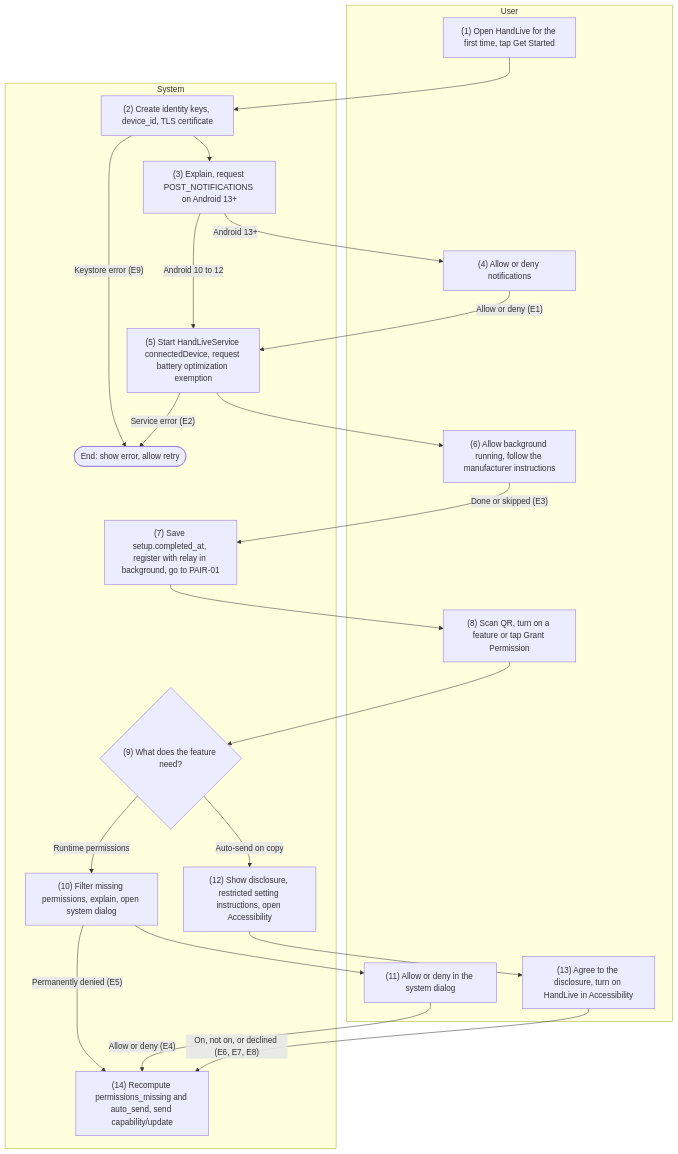
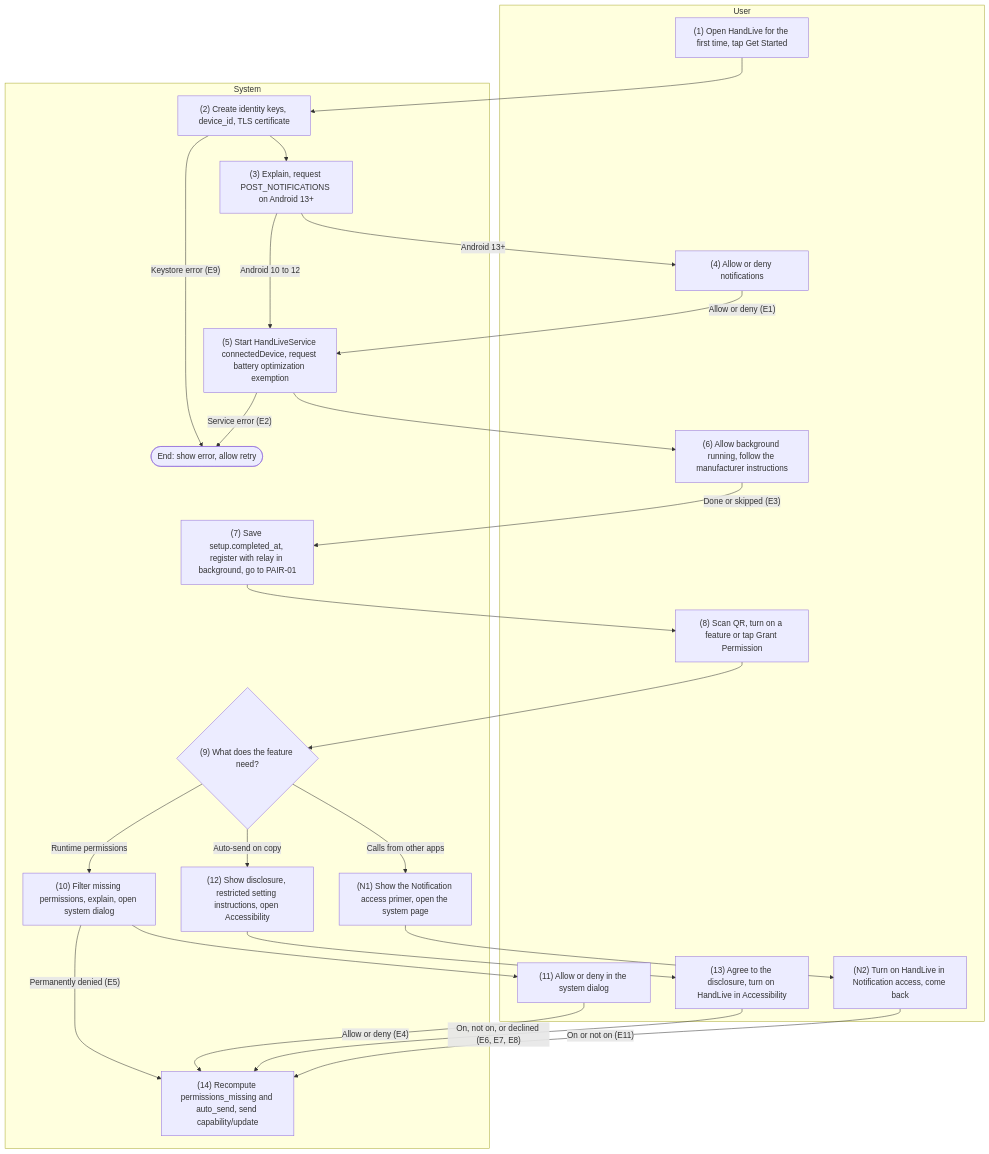
The first of 3 diagrams in docs/detailed-design/01-setup-settings.md (HandLive/handlive), drawn with Mermaid before and after one commit. The commit also changed other lines of this file and 9 other files, not shown here.

First line of the commit message:
docs: CALL-05 calls from other apps, detailed design

````diff
--- a/docs/detailed-design/01-setup-settings.md
+++ b/docs/detailed-design/01-setup-settings.md
@@ -56,37 +57,41 @@
 ```mermaid
 flowchart TB
   subgraph ND["User"]
     U1["(1) Open HandLive for the first time, tap Get Started"]
     U4["(4) Allow or deny notifications"]
     U6["(6) Allow background running, follow the manufacturer instructions"]
     U8["(8) Scan QR, turn on a feature or tap Grant Permission"]
     U11["(11) Allow or deny in the system dialog"]
     U13["(13) Agree to the disclosure, turn on HandLive in Accessibility"]
+    UN2["(N2) Turn on HandLive in Notification access, come back"]
   end
   subgraph HT["System"]
     S2["(2) Create identity keys, device_id, TLS certificate"]
     S3["(3) Explain, request POST_NOTIFICATIONS on Android 13+"]
     S5["(5) Start HandLiveService connectedDevice, request battery optimization exemption"]
     S7["(7) Save setup.completed_at, register with relay in background, go to PAIR-01"]
     D9{"(9) What does the feature need?"}
     S10["(10) Filter missing permissions, explain, open system dialog"]
     S12["(12) Show disclosure, restricted setting instructions, open Accessibility"]
     S14["(14) Recompute permissions_missing and auto_send, send capability/update"]
+    SN1["(N1) Show the Notification access primer, open the system page"]
     X1(["End: show error, allow retry"])
   end
   U1 --> S2
   S2 -- "Keystore error (E9)" --> X1
   S2 --> S3
   S3 -- "Android 13+" --> U4
   S3 -- "Android 10 to 12" --> S5
   U4 -- "Allow or deny (E1)" --> S5
   S5 -- "Service error (E2)" --> X1
   S5 --> U6
   U6 -- "Done or skipped (E3)" --> S7
   S7 --> U8 --> D9
   D9 -- "Runtime permissions" --> S10 --> U11
   S10 -- "Permanently denied (E5)" --> S14
   U11 -- "Allow or deny (E4)" --> S14
   D9 -- "Auto-send on copy" --> S12 --> U13
   U13 -- "On, not on, or declined (E6, E7, E8)" --> S14
+  D9 -- "Calls from other apps" --> SN1 --> UN2
+  UN2 -- "On or not on (E11)" --> S14
 ```
````
